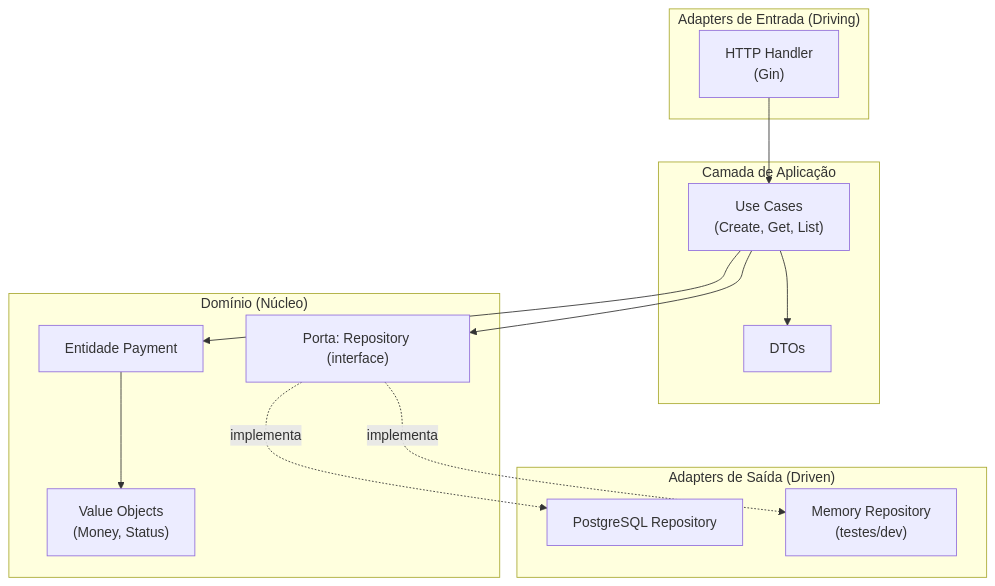
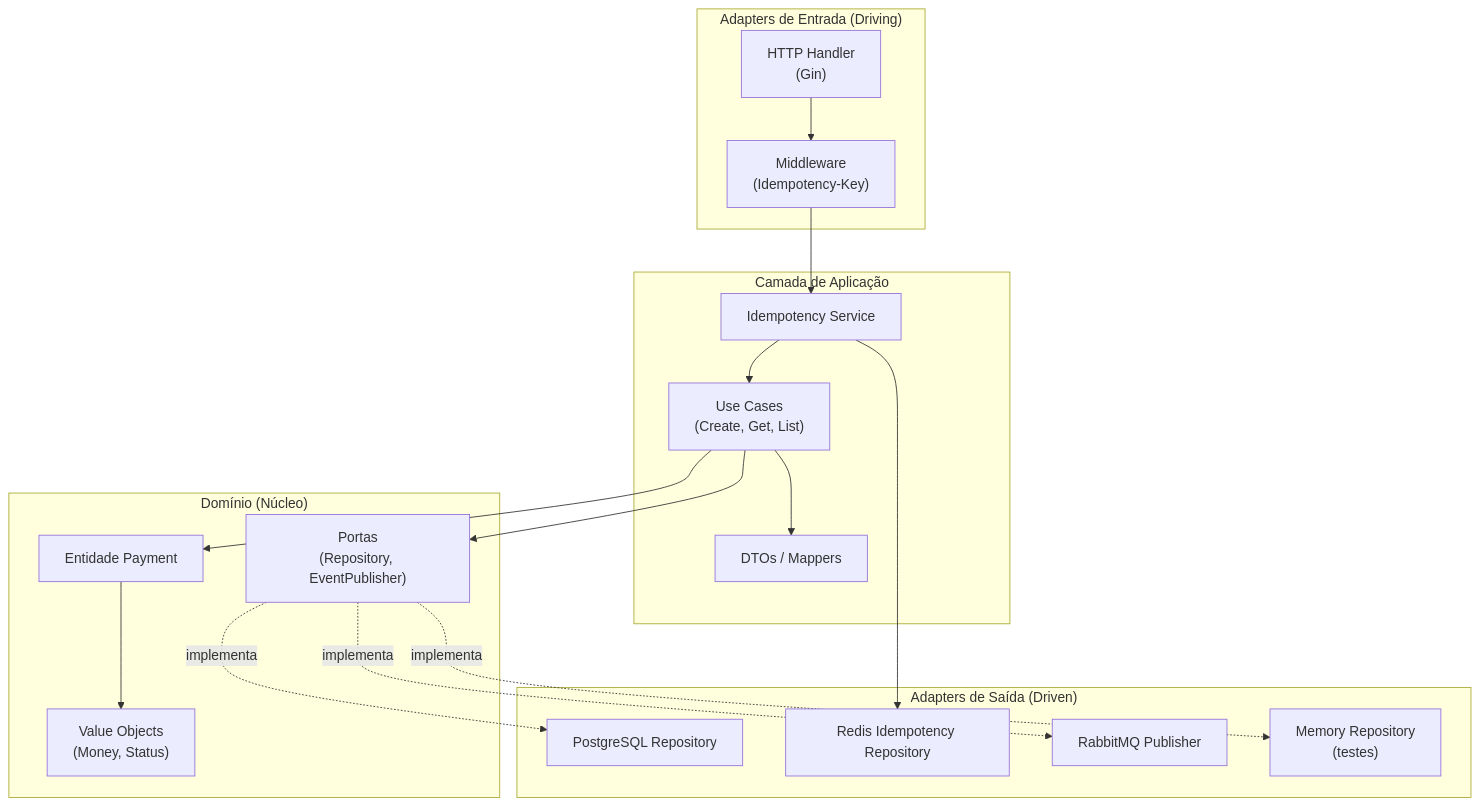
The first of 4 diagrams in README.md (VictordaSilvaf/payment_service), drawn with Mermaid before and after one commit. The commit also changed other lines of this file, not shown here.

````diff
--- a/README.md
+++ b/README.md
@@ -52,30 +61,38 @@
 ```mermaid
 flowchart TB
     subgraph Driving["Adapters de Entrada (Driving)"]
         HTTP["HTTP Handler\n(Gin)"]
+        MW["Middleware\n(Idempotency-Key)"]
     end
 
     subgraph Application["Camada de Aplicação"]
         UC["Use Cases\n(Create, Get, List)"]
-        DTO["DTOs"]
+        IDEM["Idempotency Service"]
+        DTO["DTOs / Mappers"]
     end
 
     subgraph Domain["Domínio (Núcleo)"]
         Entity["Entidade Payment"]
         VO["Value Objects\n(Money, Status)"]
-        Port["Porta: Repository (interface)"]
+        Port["Portas\n(Repository, EventPublisher)"]
     end
 
     subgraph Driven["Adapters de Saída (Driven)"]
         PG["PostgreSQL Repository"]
-        MEM["Memory Repository\n(testes/dev)"]
+        RD["Redis Idempotency Repository"]
+        RMQ["RabbitMQ Publisher"]
+        MEM["Memory Repository\n(testes)"]
     end
 
-    HTTP --> UC
+    HTTP --> MW
+    MW --> IDEM
+    IDEM --> UC
     UC --> DTO
     UC --> Port
+    IDEM --> RD
     Port -.->|implementa| PG
     Port -.->|implementa| MEM
+    Port -.->|implementa| RMQ
     UC --> Entity
     Entity --> VO
 ```
````
